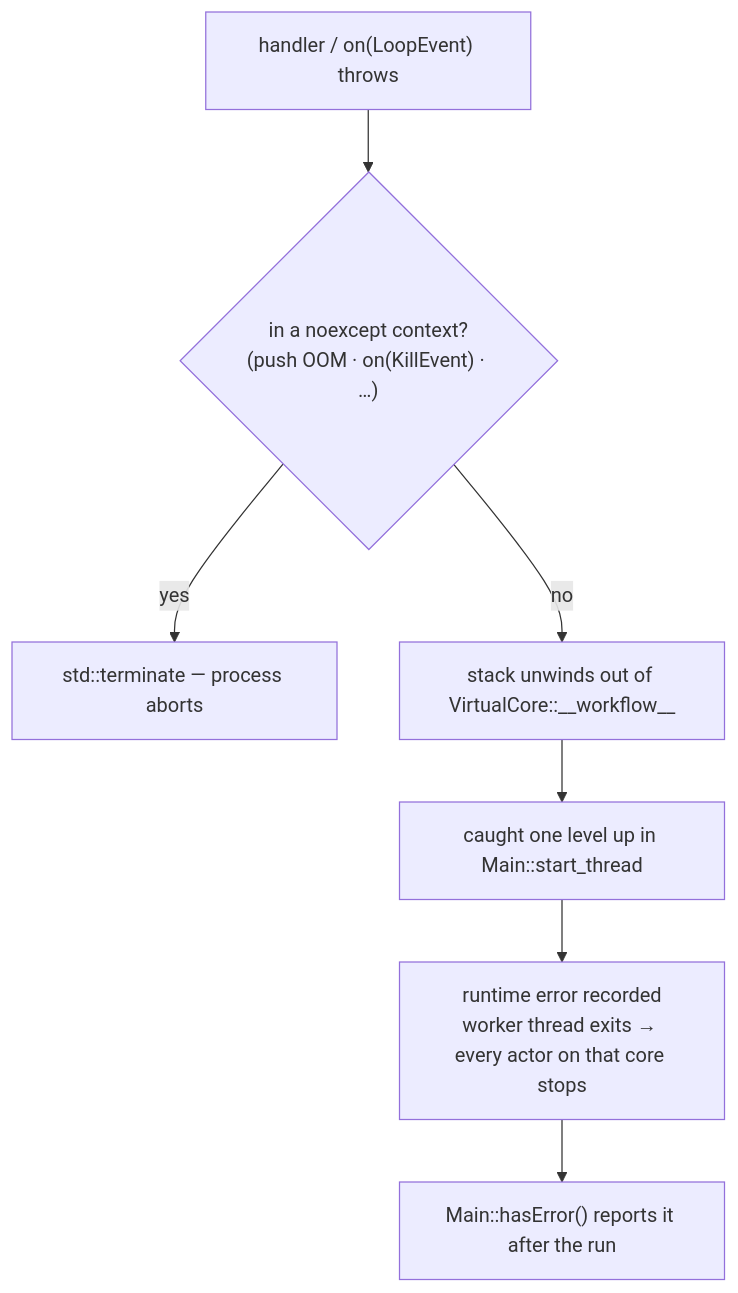
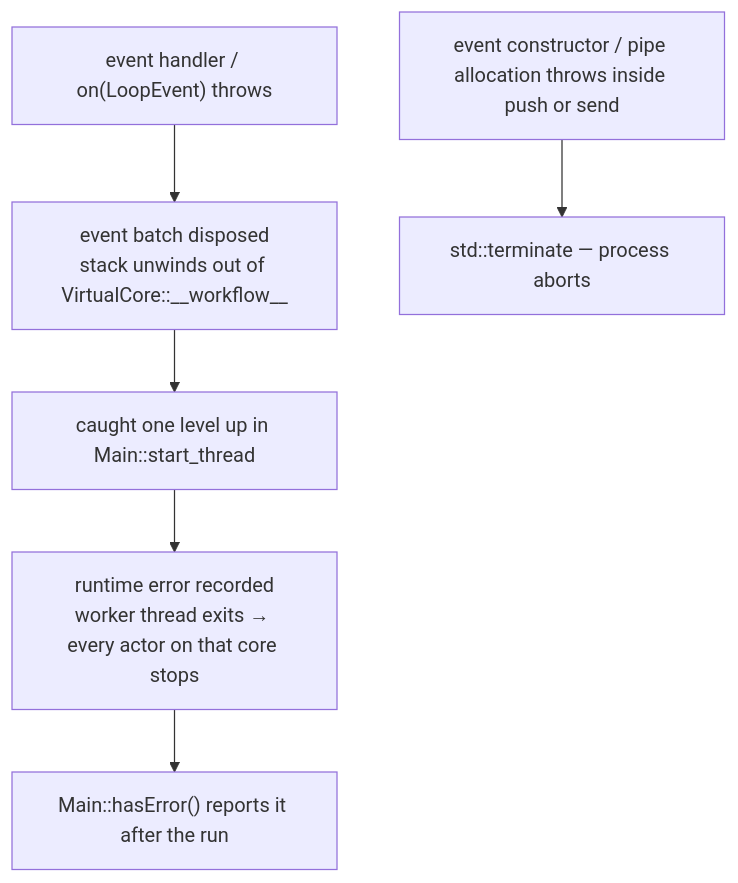
One commit to isndev/qb changed the diagram in readme/6_guides/error_handling.md. Above: the diagram before and after it, drawn with Mermaid. The commit also changed other lines of this file and 33 other files, not shown here.

````diff
--- a/readme/6_guides/error_handling.md
+++ b/readme/6_guides/error_handling.md
@@ -49,9 +49,8 @@
 ```mermaid
 flowchart TD
-    H["handler / on(LoopEvent) throws"] --> NOEX{"in a noexcept context?<br/>(push OOM · on(KillEvent) · …)"}
-    NOEX -- yes --> TERM["std::terminate — process aborts"]
-    NOEX -- no --> UW["stack unwinds out of VirtualCore::__workflow__"]
+    H["event handler / on(LoopEvent) throws"] --> UW["event batch disposed<br/>stack unwinds out of VirtualCore::__workflow__"]
     UW --> SC["caught one level up in Main::start_thread"]
     SC --> FLAG["runtime error recorded<br/>worker thread exits → every actor on that core stops"]
     FLAG --> OBS["Main::hasError() reports it after the run"]
+    OP["event constructor / pipe allocation throws inside push or send"] --> TERM["std::terminate — process aborts"]
 ```
````
